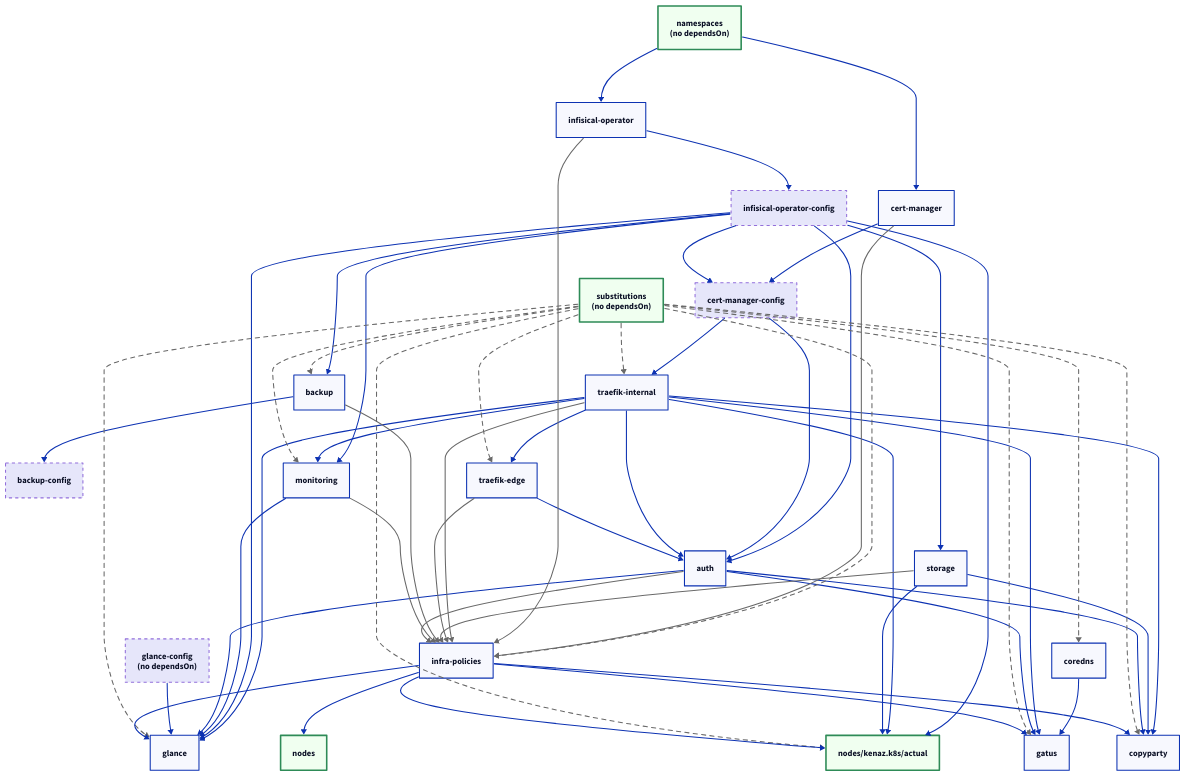
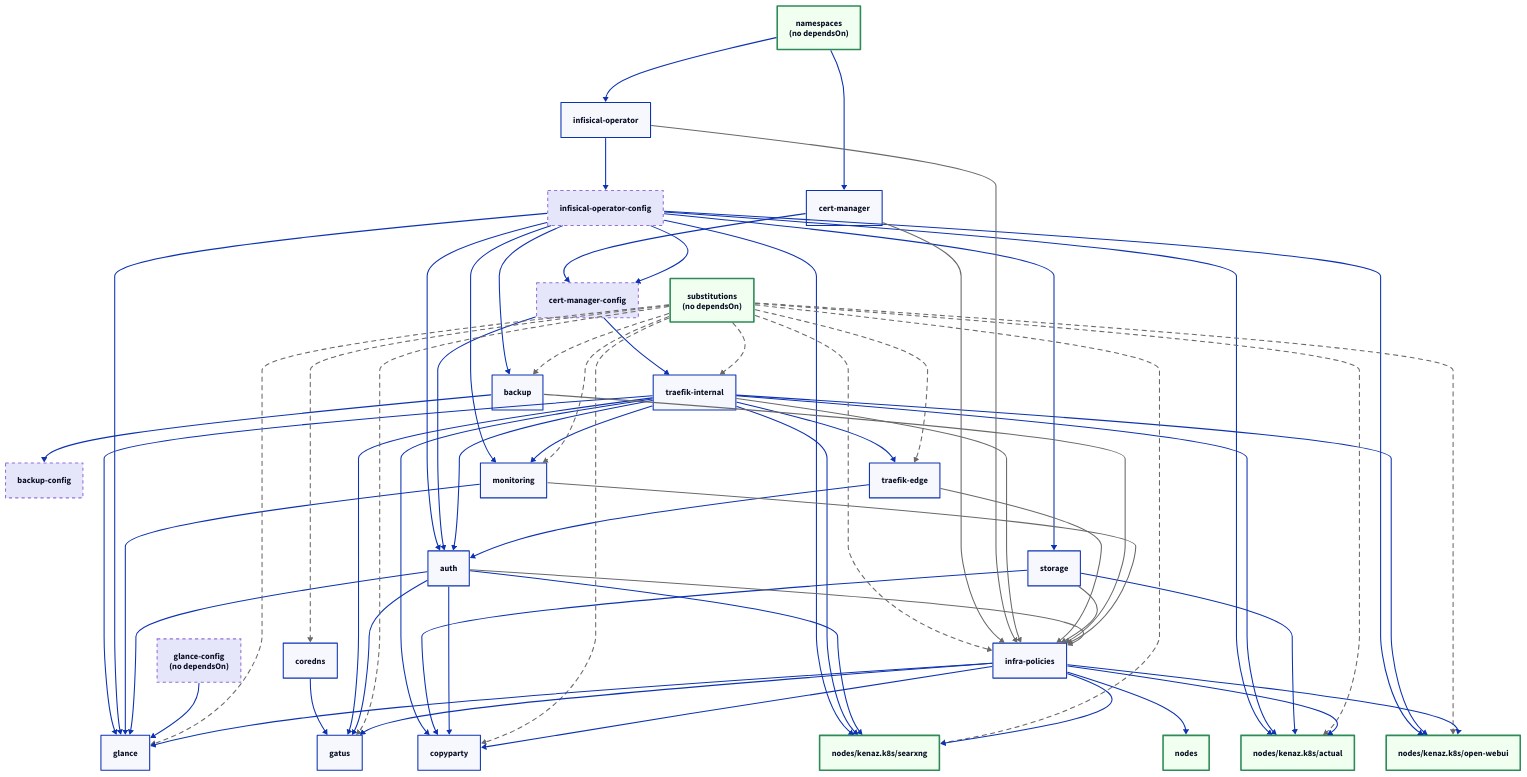
One commit to brewcoua/futhark changed the diagram in docs/src/conventions/ordering.md. Above: the diagram before and after it, drawn with D2. The commit also changed 30 other files, not shown here.

First line of the commit message:
feat(open-webui): chat via ollama cloud + searxng

```diff
--- a/docs/src/conventions/ordering.md
+++ b/docs/src/conventions/ordering.md
@@ -60,6 +60,8 @@
 
 nodes: nodes { class: boundary }
 actual: nodes/kenaz.k8s/actual { class: boundary }
+open-webui: nodes/kenaz.k8s/open-webui { class: boundary }
+searxng: nodes/kenaz.k8s/searxng { class: boundary }
 
 namespaces -> cert-manager
 namespaces -> infisical-operator
@@ -73,6 +75,8 @@
 infisical-operator-config -> monitoring
 infisical-operator-config -> auth
 infisical-operator-config -> actual
+infisical-operator-config -> open-webui
+infisical-operator-config -> searxng
 
 cert-manager-config -> traefik-internal
 cert-manager-config -> auth
@@ -97,6 +101,10 @@
 storage -> copyparty
 auth -> copyparty
 
+traefik-internal -> open-webui
+traefik-internal -> searxng
+auth -> searxng
+
 storage -> actual
 backup -> backup-config
 
@@ -105,6 +113,8 @@
 substitutions -> monitoring { class: presence }
 substitutions -> backup { class: presence }
 substitutions -> actual { class: presence }
+substitutions -> open-webui { class: presence }
+substitutions -> searxng { class: presence }
 substitutions -> infra-policies { class: presence }
 substitutions -> glance { class: presence }
 substitutions -> gatus { class: presence }
@@ -122,6 +132,8 @@
 
 infra-policies -> nodes
 infra-policies -> actual
+infra-policies -> open-webui
+infra-policies -> searxng
 infra-policies -> glance
 infra-policies -> gatus
 infra-policies -> copyparty
```
